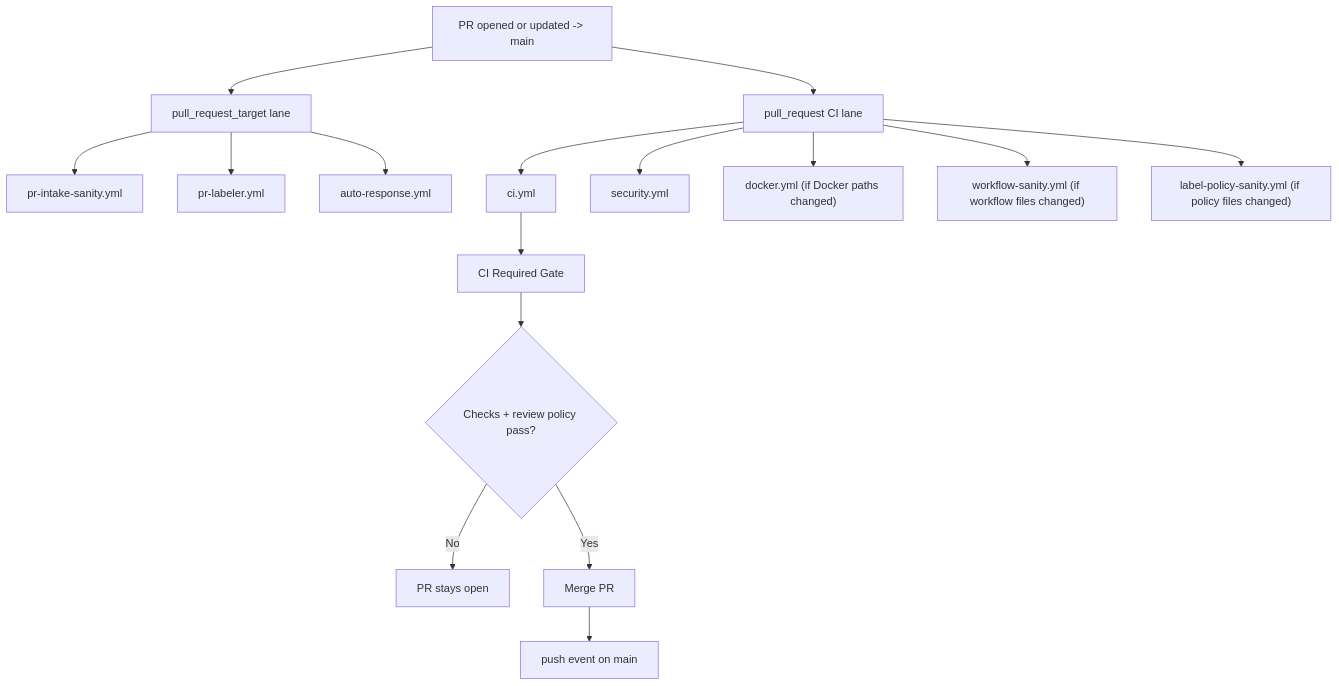
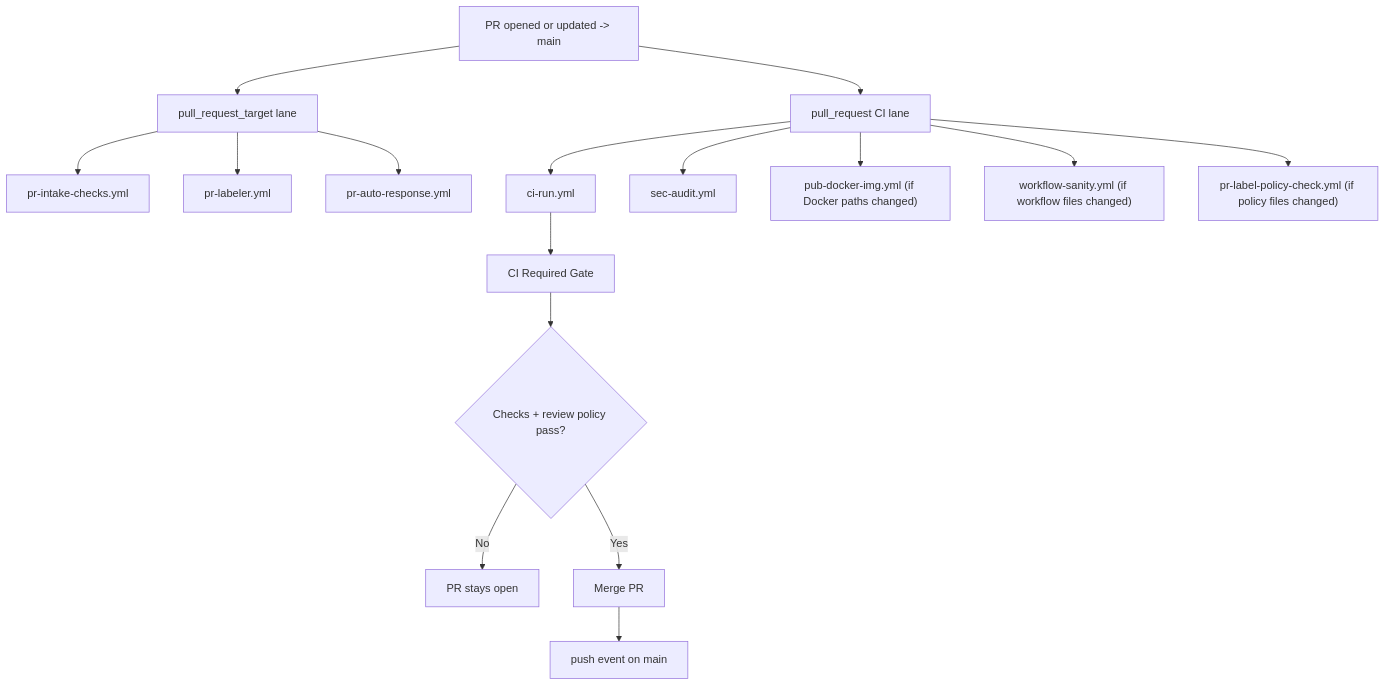
The first of 2 diagrams in docs/main-branch-flow.md (jameslcowan/zeroclaw), drawn with Mermaid before and after one commit. The commit also changed other lines of this file and 9 other files, not shown here.

````diff
--- a/docs/main-branch-flow.md
+++ b/docs/main-branch-flow.md
@@ -174,18 +174,18 @@
 ```mermaid
 flowchart TD
   A["PR opened or updated -> main"] --> B["pull_request_target lane"]
-  B --> B1["pr-intake-sanity.yml"]
+  B --> B1["pr-intake-checks.yml"]
   B --> B2["pr-labeler.yml"]
-  B --> B3["auto-response.yml"]
+  B --> B3["pr-auto-response.yml"]
   A --> C["pull_request CI lane"]
-  C --> C1["ci.yml"]
-  C --> C2["security.yml"]
-  C --> C3["docker.yml (if Docker paths changed)"]
+  C --> C1["ci-run.yml"]
+  C --> C2["sec-audit.yml"]
+  C --> C3["pub-docker-img.yml (if Docker paths changed)"]
   C --> C4["workflow-sanity.yml (if workflow files changed)"]
-  C --> C5["label-policy-sanity.yml (if policy files changed)"]
+  C --> C5["pr-label-policy-check.yml (if policy files changed)"]
   C1 --> D["CI Required Gate"]
   D --> E{"Checks + review policy pass?"}
   E -->|No| F["PR stays open"]
   E -->|Yes| G["Merge PR"]
   G --> H["push event on main"]
 ```
````
